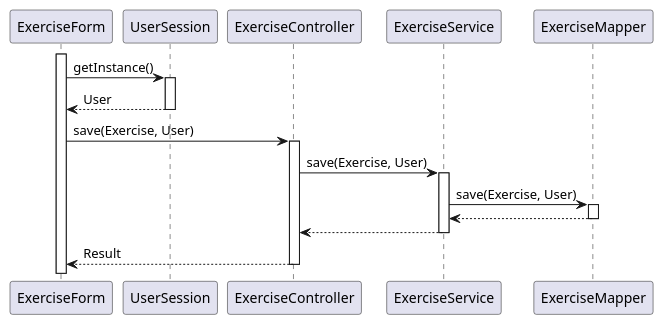
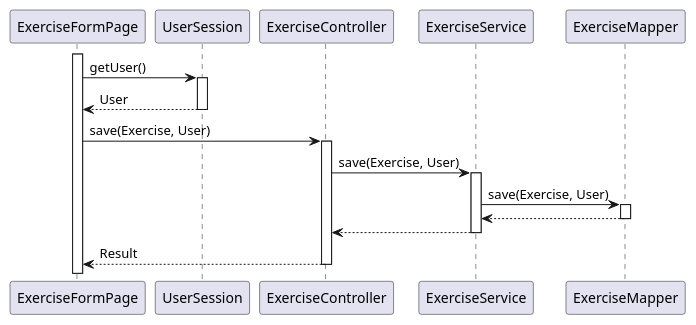
One commit to leidZhang/Nutrifit changed the diagram in doc/seq/createExercise.puml. Above: the diagram before and after it, drawn with PlantUML. The commit also changed 35 other files, not shown here.

Commit message:
sequence diagrams

```diff
--- a/doc/seq/createExercise.puml
+++ b/doc/seq/createExercise.puml
@@ -1,26 +1,26 @@
 @startuml
-activate ExerciseForm
-ExerciseForm -> UserSession: getInstance()
+activate ExerciseFormPage
+ExerciseFormPage -> UserSession: getUser()
 activate UserSession
 
-UserSession --> ExerciseForm: User
+UserSession --> ExerciseFormPage: User
 deactivate UserSession
 
-ExerciseForm -> ExerciseController: save(Exercise, User)
+ExerciseFormPage -> ExerciseController: save(Exercise, User)
 activate ExerciseController
 
 ExerciseController -> ExerciseService: save(Exercise, User)
 activate ExerciseService
 
 ExerciseService -> ExerciseMapper: save(Exercise, User)
 activate ExerciseMapper
 
 ExerciseMapper --> ExerciseService:
 deactivate ExerciseMapper
 
 ExerciseService --> ExerciseController:
 deactivate ExerciseService
 
-ExerciseController --> ExerciseForm: Result
+ExerciseController --> ExerciseFormPage: Result
 deactivate ExerciseController
 @enduml
```
